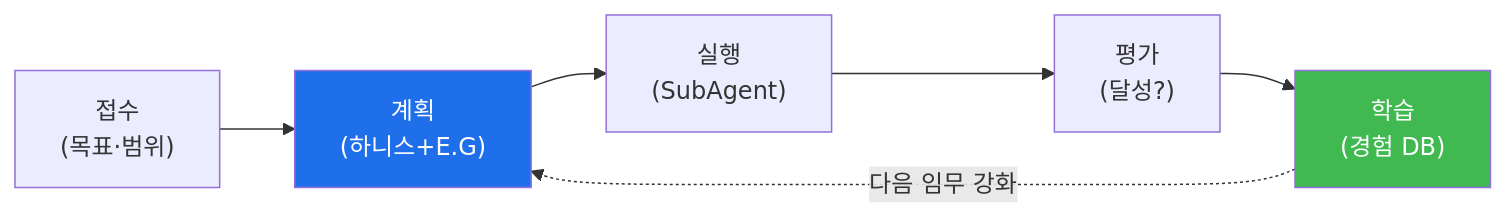
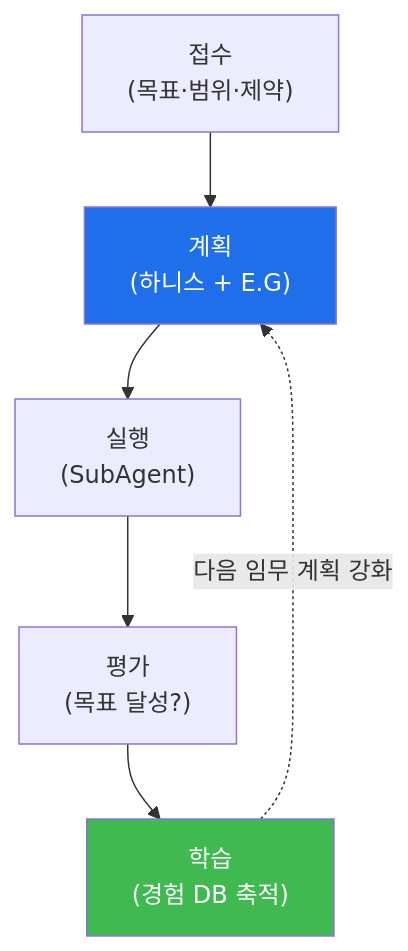
The diagram in contents/training/autonomous-security/lecture_week03.md (mrgrit/tw2), drawn with Mermaid before and after one commit. The commit also changed other lines of this file, not shown here.

````diff
--- a/contents/training/autonomous-security/lecture_week03.md
+++ b/contents/training/autonomous-security/lecture_week03.md
@@ -54,10 +56,10 @@
 ```mermaid
-graph LR
-    I["접수<br/>(목표·범위)"] --> P["계획<br/>(하니스+E.G)"]
+graph TD
+    I["접수<br/>(목표·범위·제약)"] --> P["계획<br/>(하니스 + E.G)"]
     P --> E["실행<br/>(SubAgent)"]
-    E --> V["평가<br/>(달성?)"]
-    V --> L["학습<br/>(경험 DB)"]
-    L -.다음 임무 강화.-> P
+    E --> V["평가<br/>(목표 달성?)"]
+    V --> L["학습<br/>(경험 DB 축적)"]
+    L -. "다음 임무 계획 강화" .-> P
     style P fill:#1f6feb,color:#fff
     style L fill:#3fb950,color:#fff
 ```
````
